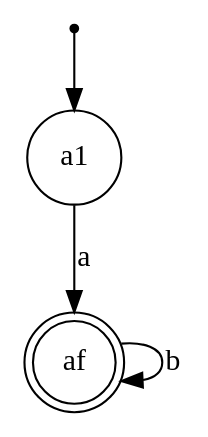
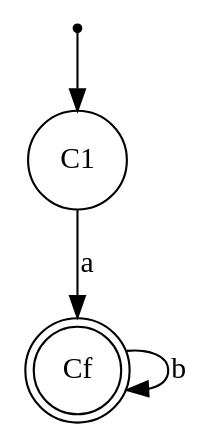
One commit to Caramelo18/COMP-Project changed the diagram in C.dot. Above: the diagram before and after it, drawn with Graphviz. The commit also changed 4 other files, not shown here.

```diff
--- a/C.dot
+++ b/C.dot
@@ -1,9 +1,9 @@
 digraph finite_state_machine {
-    node [shape = point ]; ai;
-    node [shape = doublecircle]; af;
+    node [shape = point ]; Ci;
+    node [shape = doublecircle]; Cf;
 
     node [shape = circle];
-    ai -> a1;
-    a1 -> af [ label = "a" ];
-    af -> af  [ label = "b" ];
+    Ci -> C1;
+    C1 -> Cf [ label = "a" ];
+    Cf -> Cf  [ label = "b" ];
 }
```
